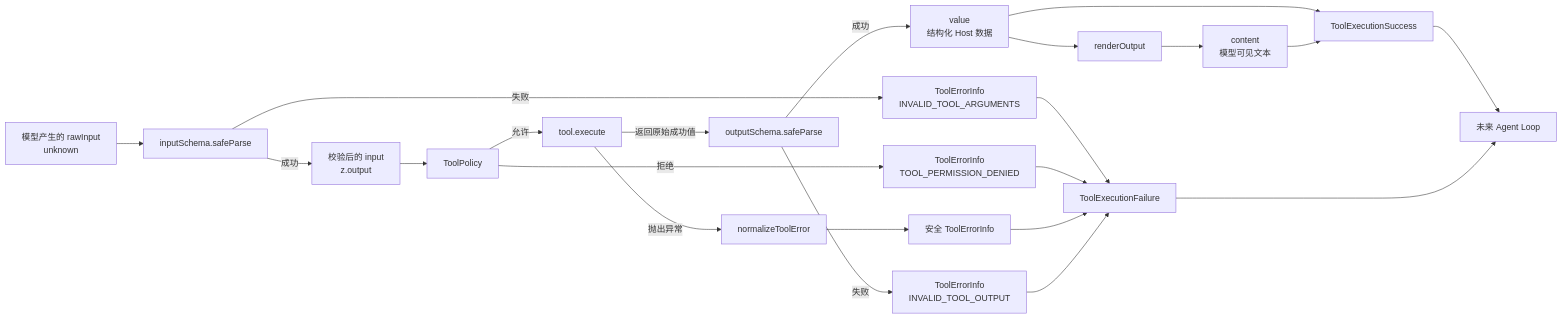
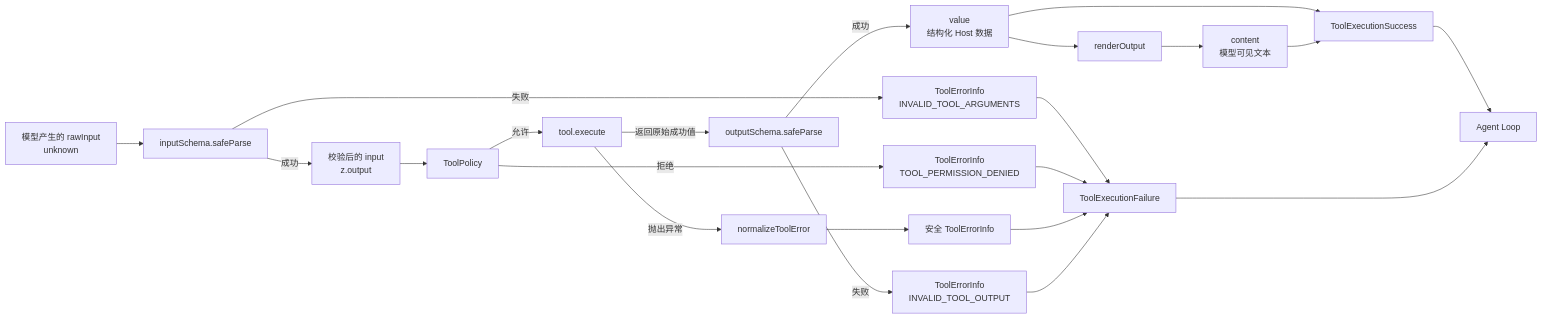
Before and after one commit to AlbertE1990/crafteHarness: the sixth of 9 diagrams in docs/learning/tool-harness.md, drawn with Mermaid. The commit also changed other lines of this file and 38 other files, not shown here.

````diff
--- a/docs/learning/tool-harness.md
+++ b/docs/learning/tool-harness.md
@@ -336,29 +336,29 @@
 ```mermaid
 flowchart LR
   Raw[模型产生的 rawInput<br/>unknown] --> InputParse[inputSchema.safeParse]
   InputParse -->|失败| InputError[ToolErrorInfo<br/>INVALID_TOOL_ARGUMENTS]
   InputParse -->|成功| TypedInput[校验后的 input<br/>z.output]
 
   TypedInput --> Policy[ToolPolicy]
   Policy -->|允许| Business[tool.execute]
   Policy -->|拒绝| PermissionError[ToolErrorInfo<br/>TOOL_PERMISSION_DENIED]
 
   Business -->|返回原始成功值| OutputParse[outputSchema.safeParse]
   Business -->|抛出异常| Normalize[normalizeToolError]
   Normalize --> PublicError[安全 ToolErrorInfo]
 
   OutputParse -->|失败| OutputError[ToolErrorInfo<br/>INVALID_TOOL_OUTPUT]
   OutputParse -->|成功| Value[value<br/>结构化 Host 数据]
   Value --> Render[renderOutput]
   Render --> Content[content<br/>模型可见文本]
 
   Value --> Result[ToolExecutionSuccess]
   Content --> Result
   InputError --> Failure[ToolExecutionFailure]
   PermissionError --> Failure
   PublicError --> Failure
   OutputError --> Failure
 
-  Result --> Caller[未来 Agent Loop]
+  Result --> Caller[Agent Loop]
   Failure --> Caller
 ```
````
